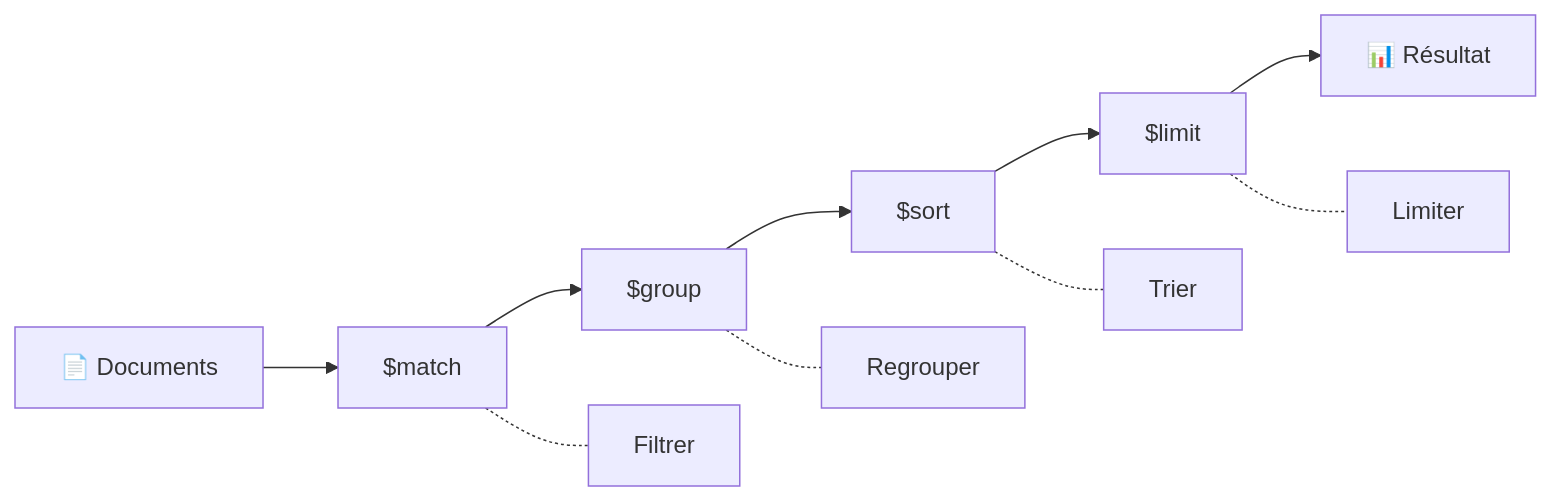
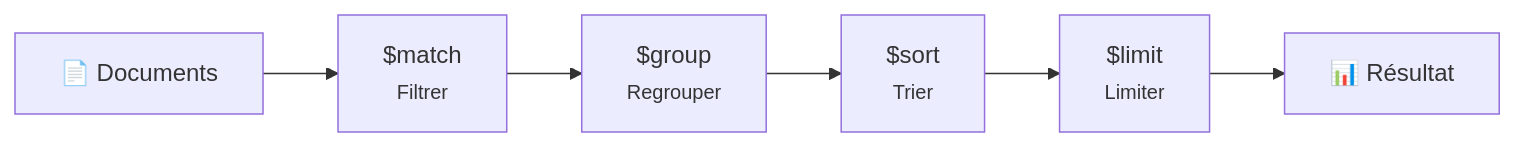
One commit to IUTInfoAix-R510/tp2 changed the first of 3 diagrams in README.md. Above: the diagram before and after it, drawn with Mermaid.

Commit message:
docs: enhance pipeline flowchart with step descriptions

````diff
--- a/README.md
+++ b/README.md
@@ -331,13 +331,8 @@
 ```mermaid
 flowchart LR
-    A[📄 Documents] --> B["$match"]
-    B --> C["$group"]
-    C --> D["$sort"]
-    D --> E["$limit"]
+    A[📄 Documents] --> B["$match<br/><small>Filtrer</small>"]
+    B --> C["$group<br/><small>Regrouper</small>"]
+    C --> D["$sort<br/><small>Trier</small>"]
+    D --> E["$limit<br/><small>Limiter</small>"]
     E --> F[📊 Résultat]
-
-    B -.- B1[Filtrer]
-    C -.- C1[Regrouper]
-    D -.- D1[Trier]
-    E -.- E1[Limiter]
 ```
````
